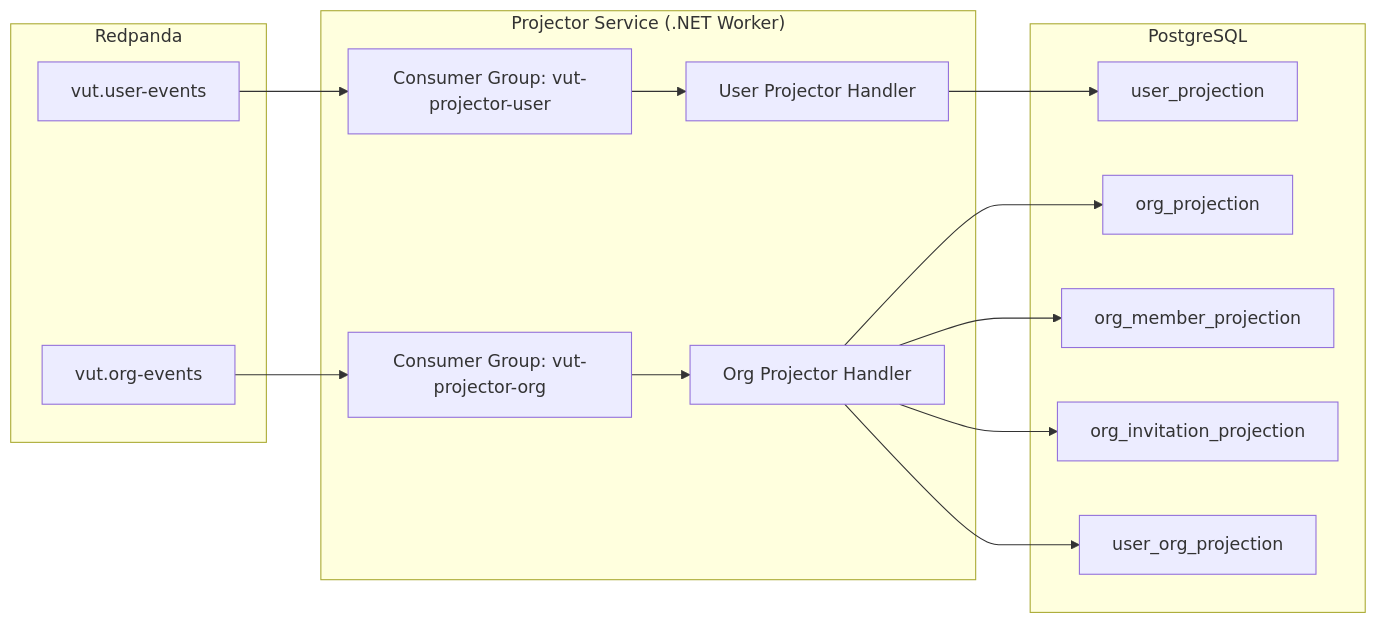
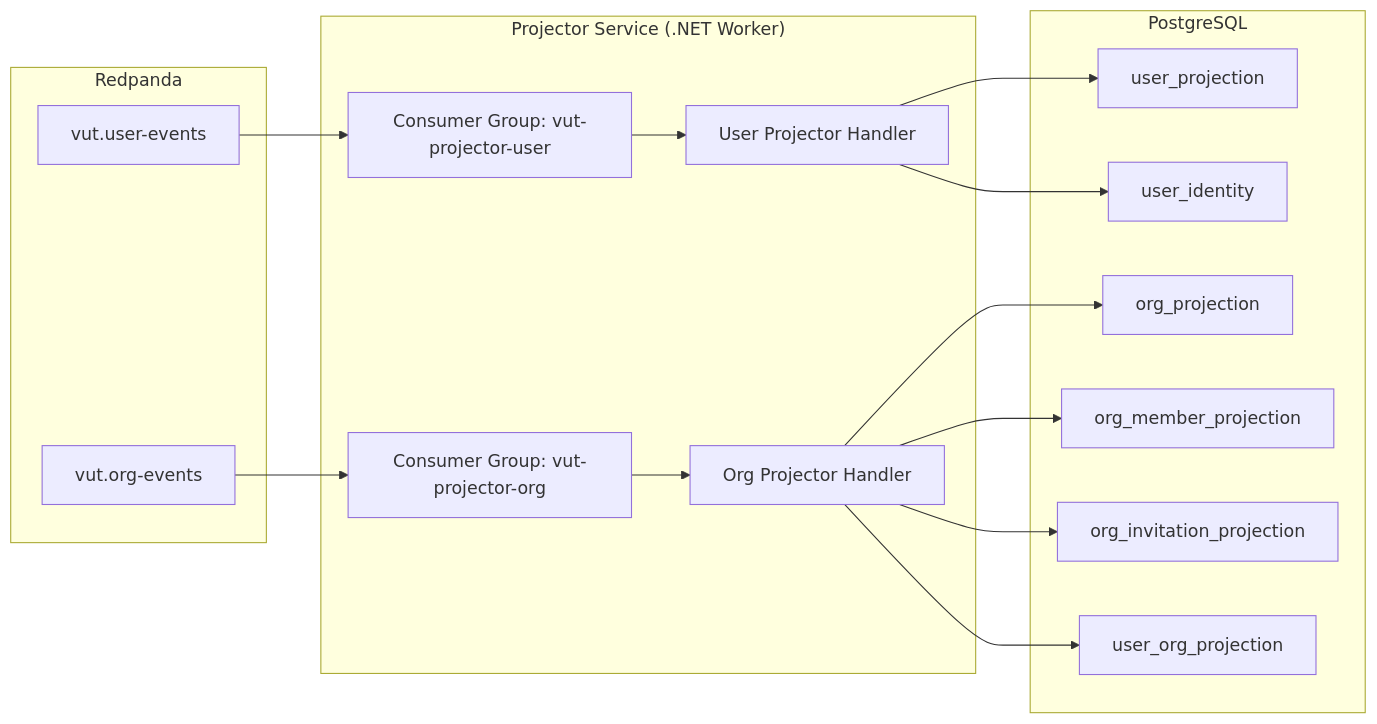
The sixth of 15 diagrams in epics/01-epic-first-signin-org/architecture/architecture.md (lekhasy/Vut), drawn with Mermaid before and after one commit. The commit also changed other lines of this file and 13 other files, not shown here.

````diff
--- a/epics/01-epic-first-signin-org/architecture/architecture.md
+++ b/epics/01-epic-first-signin-org/architecture/architecture.md
@@ -590,28 +641,30 @@
 ```mermaid
 graph LR
     subgraph Redpanda
         T1["vut.user-events"]
         T2["vut.org-events"]
     end
 
     subgraph ProjectorService["Projector Service (.NET Worker)"]
         CG1["Consumer Group: vut-projector-user"]
         CG2["Consumer Group: vut-projector-org"]
         PU["User Projector Handler"]
         PO["Org Projector Handler"]
     end
 
     subgraph PostgreSQL
         UP["user_projection"]
+        UID["user_identity"]
         ORP["org_projection"]
         OMP["org_member_projection"]
         OIP["org_invitation_projection"]
         UOP["user_org_projection"]
     end
 
     T1 --> CG1 --> PU --> UP
+    PU --> UID
     T2 --> CG2 --> PO --> ORP
     PO --> OMP
     PO --> OIP
     PO --> UOP
 ```
````
